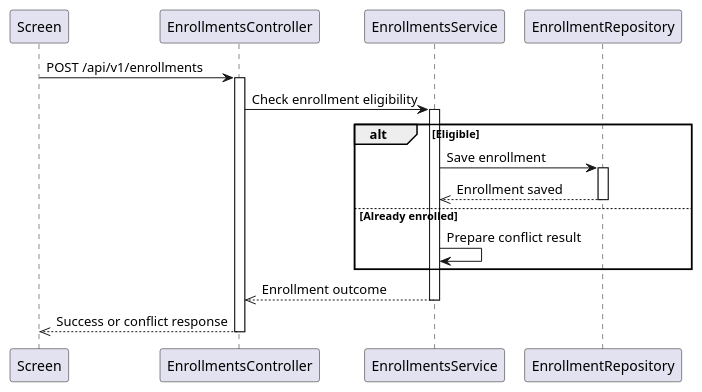
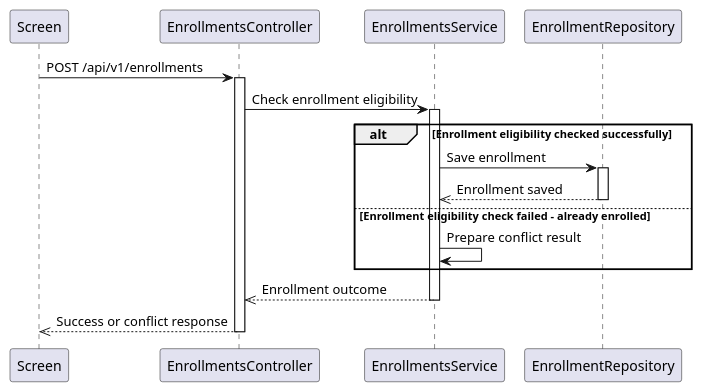
One commit to MinhKha28/LearnUp changed the first of 3 diagrams in .agents/skills/learnup-drawio-sequence-diagram/references/learnup-conventions.md. Above: the diagram before and after it, drawn with PlantUML. The commit also changed other lines of this file and 5 other files, not shown here.

Commit message:
fix(skills): refine LearnUP sequence diagram generation rules

````diff
--- a/.agents/skills/learnup-drawio-sequence-diagram/references/learnup-conventions.md
+++ b/.agents/skills/learnup-drawio-sequence-diagram/references/learnup-conventions.md
@@ -48,18 +64,18 @@
 ```plantuml
 Screen -> EnrollmentsController: POST /api/v1/enrollments
 activate EnrollmentsController
 EnrollmentsController -> EnrollmentsService: Check enrollment eligibility
 activate EnrollmentsService
-alt Eligible
+alt Enrollment eligibility checked successfully
   EnrollmentsService -> EnrollmentRepository: Save enrollment
   activate EnrollmentRepository
   EnrollmentRepository -->> EnrollmentsService: Enrollment saved
   deactivate EnrollmentRepository
-else Already enrolled
+else Enrollment eligibility check failed - already enrolled
   EnrollmentsService -> EnrollmentsService: Prepare conflict result
 end
 EnrollmentsService -->> EnrollmentsController: Enrollment outcome
 deactivate EnrollmentsService
 EnrollmentsController -->> Screen: Success or conflict response
 deactivate EnrollmentsController
 ```
````
